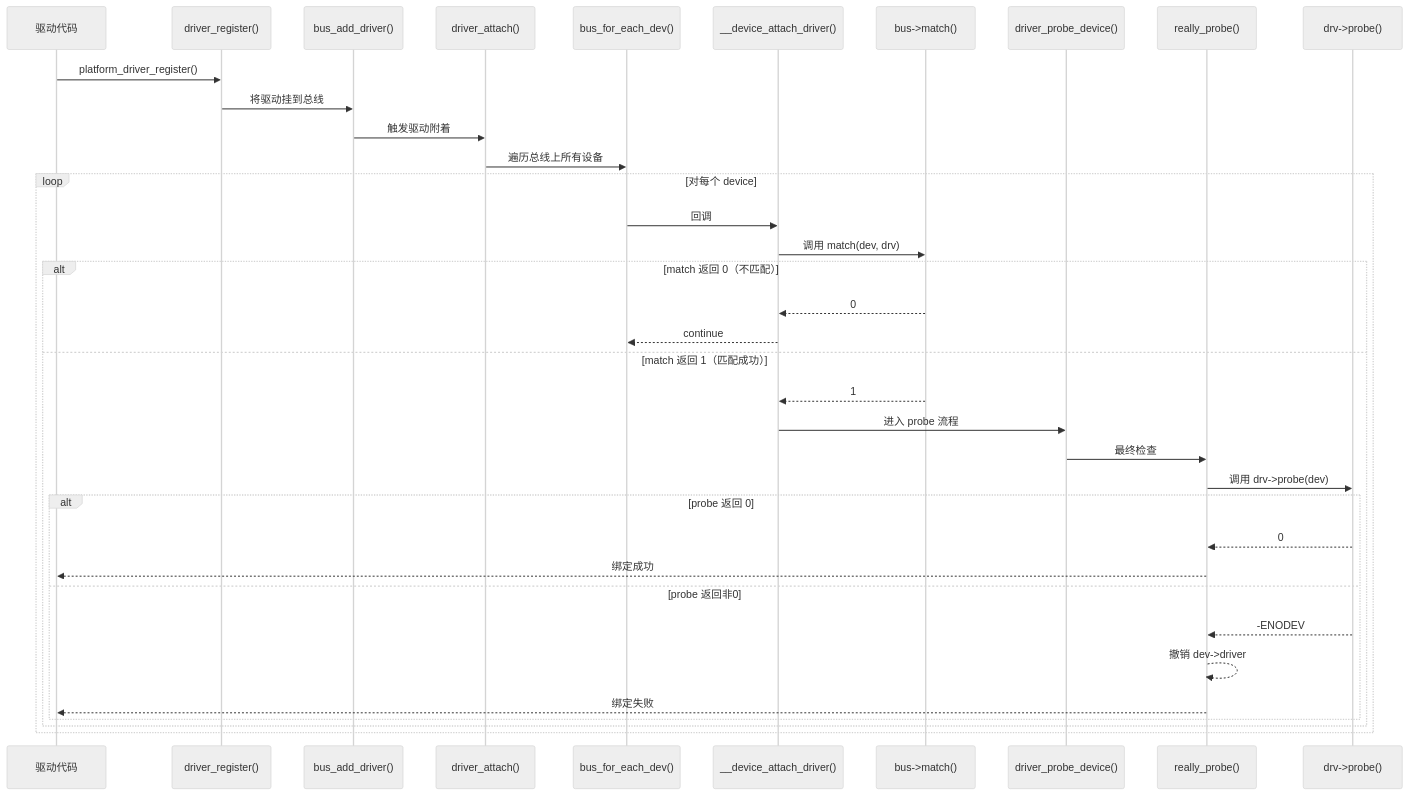
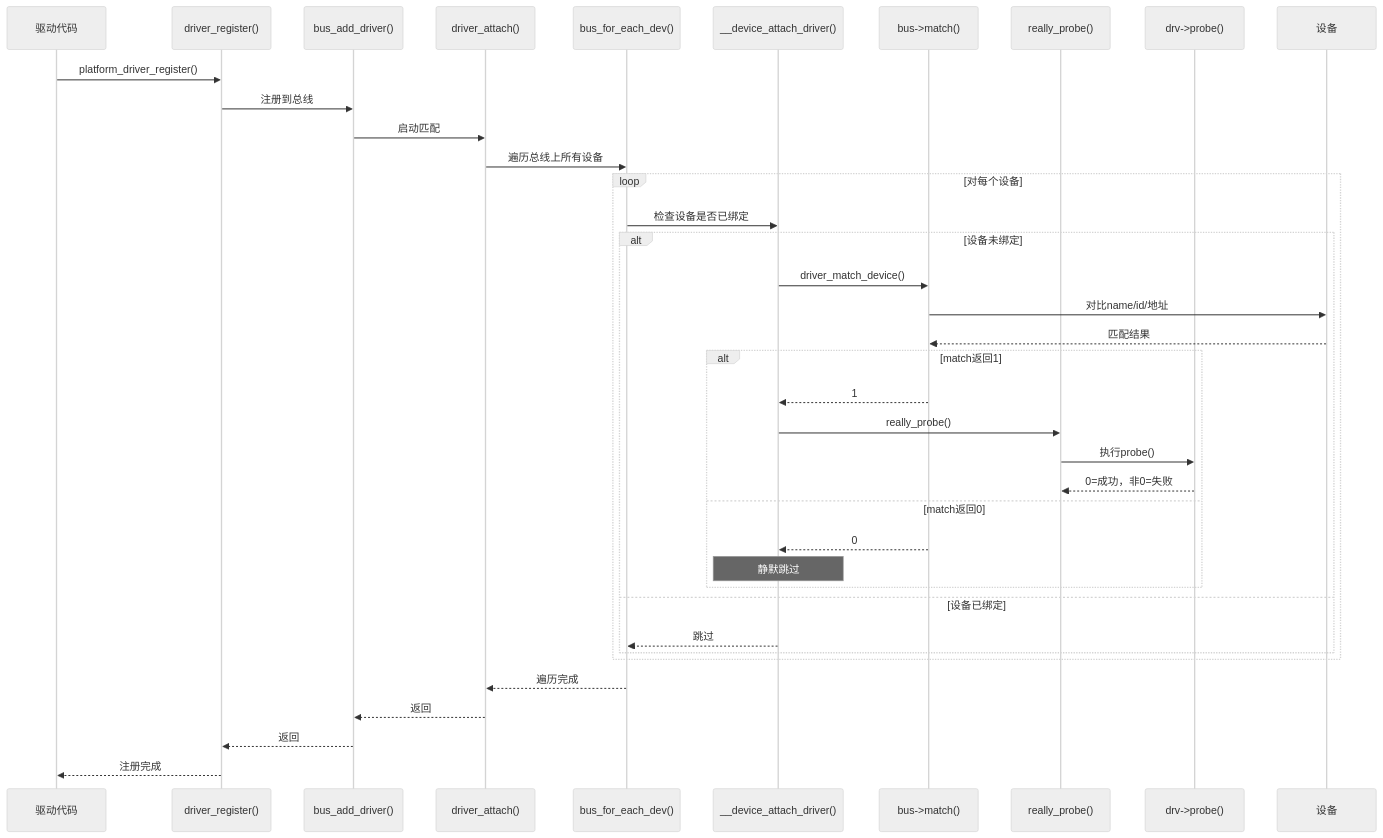
The diagram in docs/02-核心机制深度解析/第11章 设备模型/11.1.3.md (xiaohong0925/Embedded_Knowledge_System_V2026), drawn with Mermaid (neutral theme) before and after one commit. The commit also changed other lines of this file and 19 other files, not shown here.

````diff
--- a/docs/02-核心机制深度解析/第11章 设备模型/11.1.3.md
+++ b/docs/02-核心机制深度解析/第11章 设备模型/11.1.3.md
@@ -106,39 +120,41 @@
 ```mermaid
 sequenceDiagram
-    participant U as 驱动代码
+    participant D as 驱动代码
     participant DR as driver_register()
     participant BA as bus_add_driver()
     participant DA as driver_attach()
     participant BF as bus_for_each_dev()
-    participant DA2 as __device_attach_driver()
+    participant DAD as __device_attach_driver()
     participant M as bus->match()
-    participant DP as driver_probe_device()
     participant RP as really_probe()
     participant P as drv->probe()
+    participant DEV as 设备
 
-    U->>DR: platform_driver_register()
-    DR->>BA: 将驱动挂到总线
-    BA->>DA: 触发驱动附着
+    D->>DR: platform_driver_register()
+    DR->>BA: 注册到总线
+    BA->>DA: 启动匹配
     DA->>BF: 遍历总线上所有设备
-    loop 对每个 device
-        BF->>DA2: 回调
-        DA2->>M: 调用 match(dev, drv)
-        alt match 返回 0（不匹配）
-            M-->>DA2: 0
-            DA2-->>BF: continue
-        else match 返回 1（匹配成功）
-            M-->>DA2: 1
-            DA2->>DP: 进入 probe 流程
-            DP->>RP: 最终检查
-            RP->>P: 调用 drv->probe(dev)
-            alt probe 返回 0
-                P-->>RP: 0
-                RP-->>U: 绑定成功
-            else probe 返回非0
-                P-->>RP: -ENODEV
-                RP-->>RP: 撤销 dev->driver
-                RP-->>U: 绑定失败
+    loop 对每个设备
+        BF->>DAD: 检查设备是否已绑定
+        alt 设备未绑定
+            DAD->>M: driver_match_device()
+            M->>DEV: 对比name/id/地址
+            DEV-->>M: 匹配结果
+            alt match返回1
+                M-->>DAD: 1
+                DAD->>RP: really_probe()
+                RP->>P: 执行probe()
+                P-->>RP: 0=成功，非0=失败
+            else match返回0
+                M-->>DAD: 0
+                Note over DAD: 静默跳过
             end
+        else 设备已绑定
+            DAD-->>BF: 跳过
         end
     end
+    BF-->>DA: 遍历完成
+    DA-->>BA: 返回
+    BA-->>DR: 返回
+    DR-->>D: 注册完成
 ```
````
